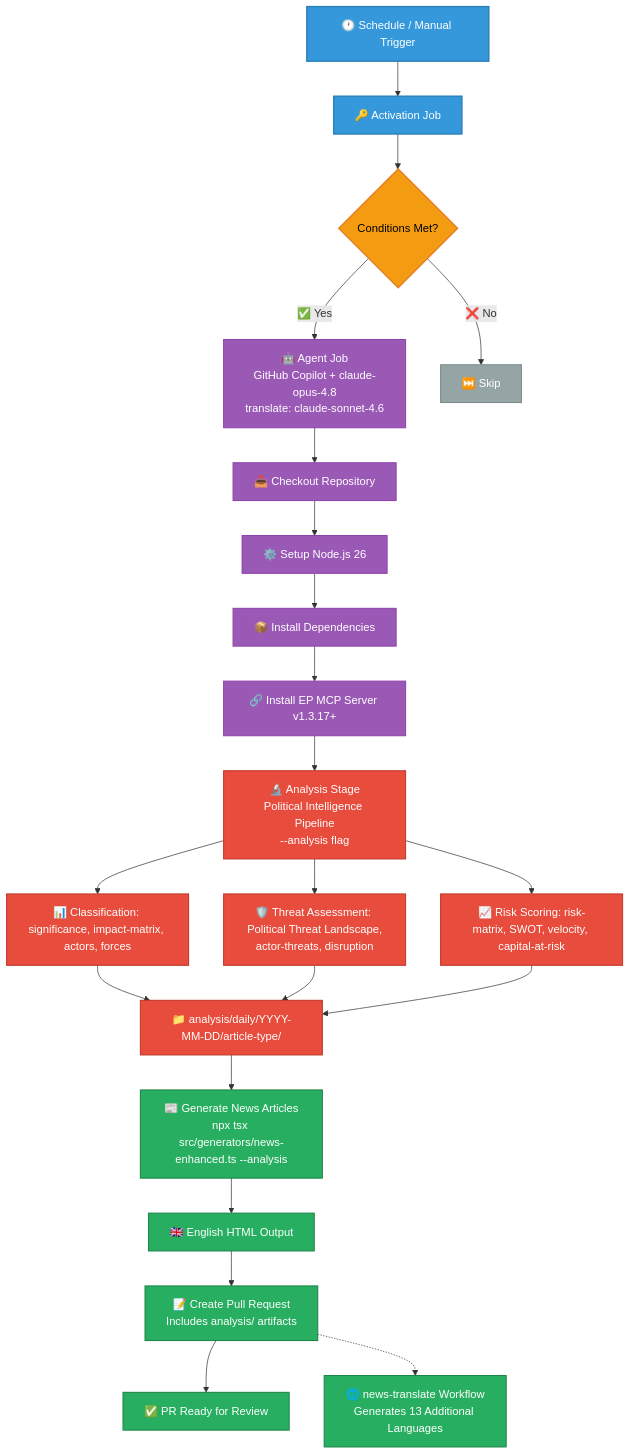
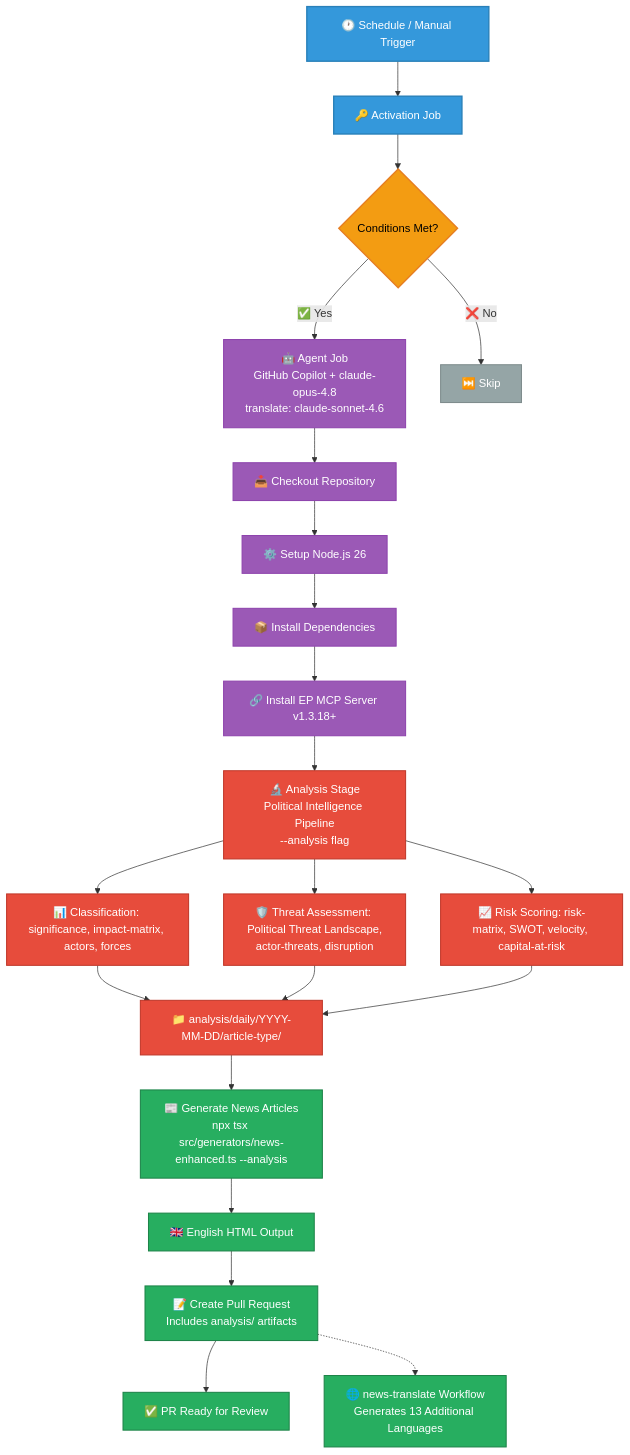
The third of 23 diagrams in WORKFLOWS.md (Hack23/euparliamentmonitor), drawn with Mermaid before and after one commit. The commit also changed other lines of this file and 58 other files, not shown here.

Commit message:
chore: bump EP MCP server refs to 1.3.18 across workflows and docs

````diff
--- a/WORKFLOWS.md
+++ b/WORKFLOWS.md
@@ -276,37 +276,37 @@
 ```mermaid
 graph TD
     A[🕐 Schedule / Manual Trigger] --> B[🔑 Activation Job]
     B --> C{Conditions Met?}
     C -->|✅ Yes| D[🤖 Agent Job<br/>GitHub Copilot + claude-opus-4.8<br/>translate: claude-sonnet-4.6]
     C -->|❌ No| E[⏭️ Skip]
     D --> F[📥 Checkout Repository]
     F --> G[⚙️ Setup Node.js 26]
     G --> H[📦 Install Dependencies]
-    H --> I[🔗 Install EP MCP Server v1.3.17+]
+    H --> I[🔗 Install EP MCP Server v1.3.18+]
     I --> J1[🔬 Analysis Stage<br/>Political Intelligence Pipeline<br/>--analysis flag]
     J1 --> J1a[📊 Classification: significance, impact-matrix, actors, forces]
     J1 --> J1b[🛡️ Threat Assessment: Political Threat Landscape,<br/>actor-threats, disruption]
     J1 --> J1c[📈 Risk Scoring: risk-matrix, SWOT, velocity, capital-at-risk]
     J1a --> J1d["📁 analysis/daily/YYYY-MM-DD/article-type/"]
     J1b --> J1d
     J1c --> J1d
     J1d --> J[📰 Generate News Articles<br/>npx tsx src/generators/news-enhanced.ts --analysis]
     J --> K[🇬🇧 English HTML Output]
     K --> L[📝 Create Pull Request<br/>Includes analysis/ artifacts]
     L --> M[✅ PR Ready for Review]
     L -.-> N[🌐 news-translate Workflow<br/>Generates 13 Additional Languages]
 
     classDef trigger fill:#3498db,stroke:#2980b9,stroke-width:2px,color:white
     classDef process fill:#9b59b6,stroke:#8e44ad,stroke-width:1.5px,color:white
     classDef decision fill:#f39c12,stroke:#e67e22,stroke-width:2px,color:black
     classDef skip fill:#95a5a6,stroke:#7f8c8d,stroke-width:1.5px,color:white
     classDef analysis fill:#e74c3c,stroke:#c0392b,stroke-width:1.5px,color:white
     classDef output fill:#27ae60,stroke:#1e8449,stroke-width:1.5px,color:white
 
     class A,B trigger
     class D,F,G,H,I process
     class C decision
     class E skip
     class J1,J1a,J1b,J1c,J1d analysis
     class J,K,L,M,N output
 ```
````
